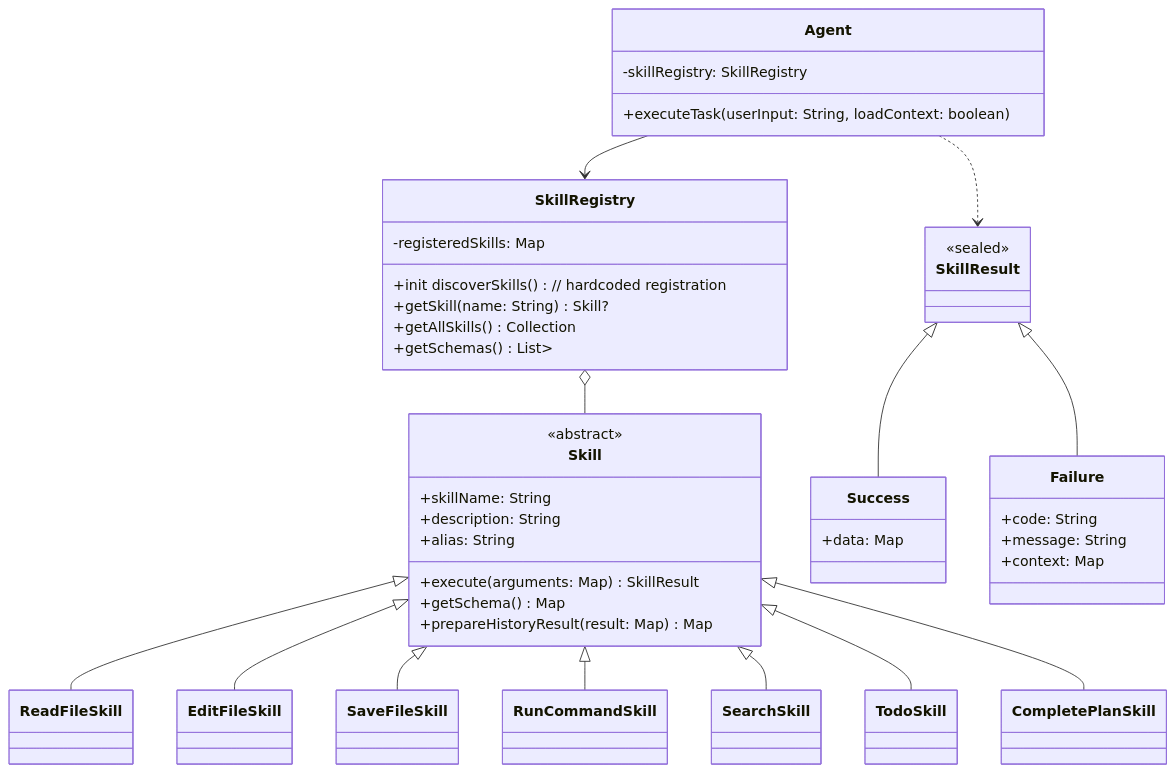
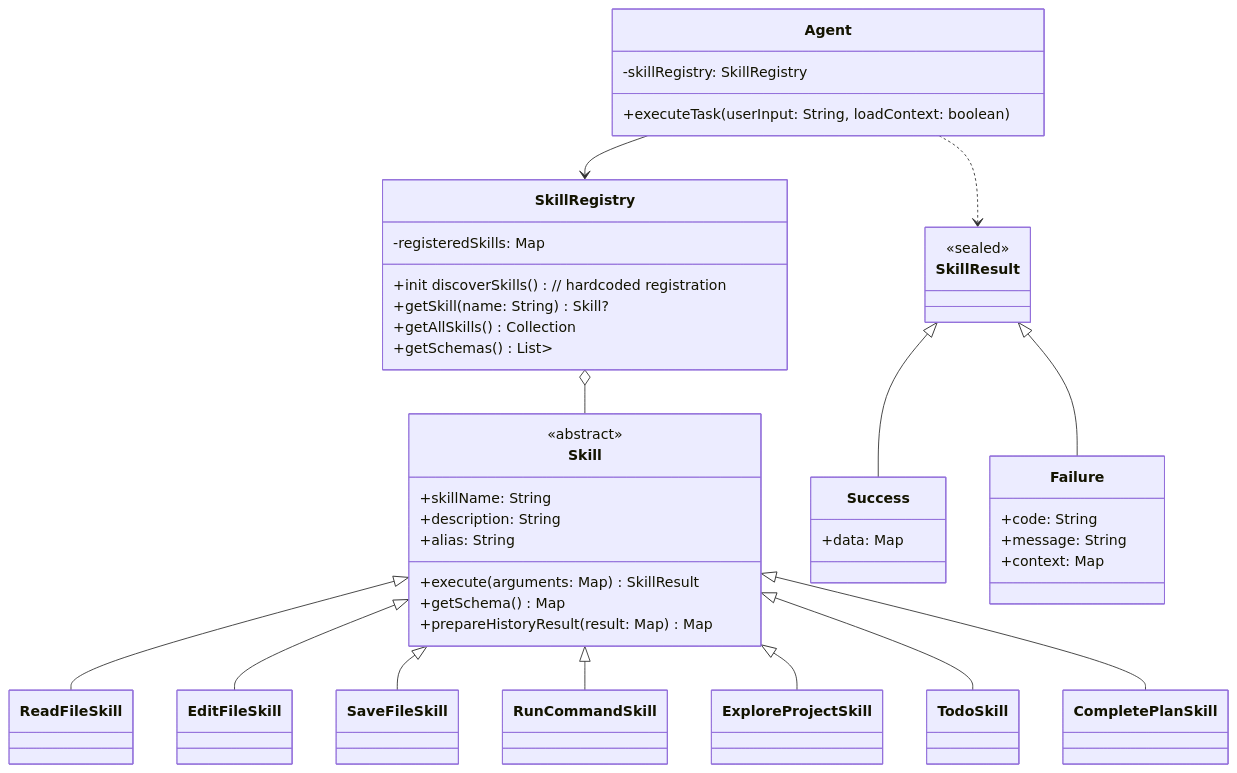
Diagram 19 of 27 in docs/ARCHITECTURE.md (lg841226/Gradum), drawn with Mermaid before and after one commit. The commit also changed other lines of this file and 8 other files, not shown here.

First line of the commit message:
refactor: remove SearchSkill, update tool call UI and docs

````diff
--- a/docs/ARCHITECTURE.md
+++ b/docs/ARCHITECTURE.md
@@ -1015,61 +1013,61 @@
 ```mermaid
 classDiagram
     class Skill {
         <<abstract>>
         +skillName: String
         +description: String
         +alias: String
         +execute(arguments: Map<String, Any>) SkillResult
         +getSchema() Map<String, Any>
         +prepareHistoryResult(result: Map<String, Any>) Map<String, Any>
     }
 
     class SkillResult {
         <<sealed>>
     }
 
     class Success {
         +data: Map<String, Any>
     }
 
     class Failure {
         +code: String
         +message: String
         +context: Map<String, Any>
     }
 
     class SkillRegistry {
         -registeredSkills: Map<String, Skill>
         +init discoverSkills() // hardcoded registration
         +getSkill(name: String) Skill?
         +getAllSkills() Collection<Skill>
         +getSchemas() List<Map<String, Any>>
     }
 
     class ReadFileSkill
     class EditFileSkill
     class SaveFileSkill
     class RunCommandSkill
-    class SearchSkill
+    class ExploreProjectSkill
     class TodoSkill
     class CompletePlanSkill
 
     SkillResult <|-- Success
     SkillResult <|-- Failure
     Skill <|-- ReadFileSkill
     Skill <|-- EditFileSkill
     Skill <|-- SaveFileSkill
     Skill <|-- RunCommandSkill
-    Skill <|-- SearchSkill
+    Skill <|-- ExploreProjectSkill
     Skill <|-- TodoSkill
     Skill <|-- CompletePlanSkill
     SkillRegistry o-- Skill
 
     class Agent {
         -skillRegistry: SkillRegistry
         +executeTask(userInput: String, loadContext: boolean)
     }
 
     Agent --> SkillRegistry
     Agent ..> SkillResult
 ```
````
